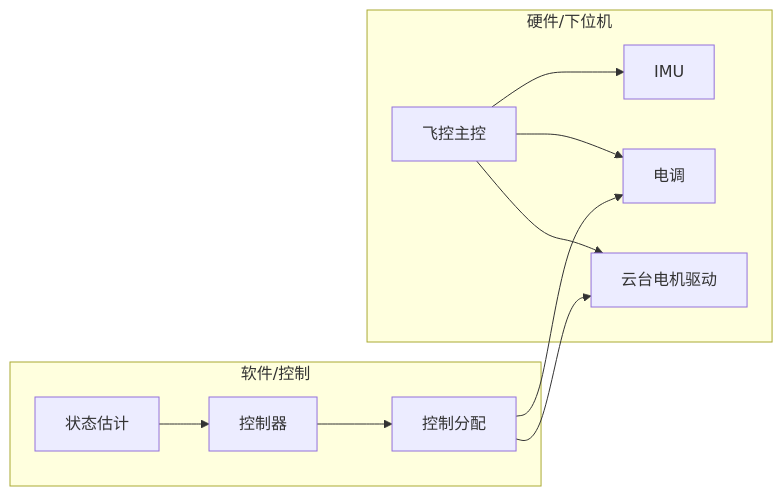
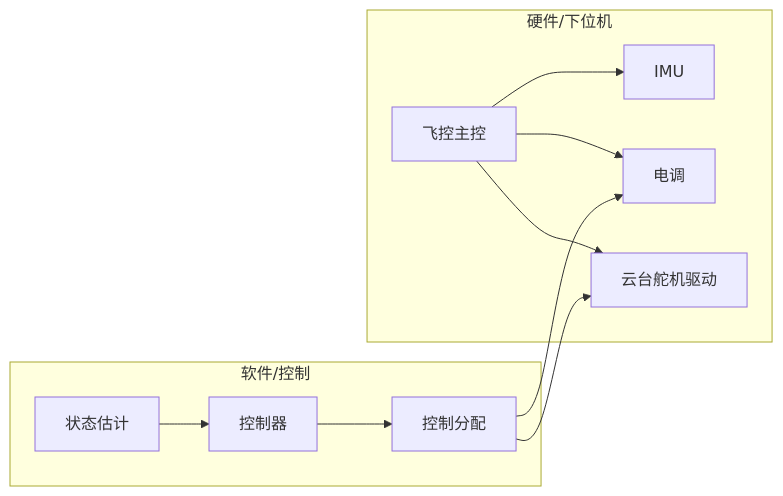
Before and after one commit to Ryan-5853/DroneX: the first of 2 diagrams in firmware/docs/FLIGHT_CONTROL_DESIGN.md, drawn with Mermaid. The commit also changed other lines of this file and 299 other files, not shown here.

````diff
--- a/firmware/docs/FLIGHT_CONTROL_DESIGN.md
+++ b/firmware/docs/FLIGHT_CONTROL_DESIGN.md
@@ -52,23 +52,23 @@
 ```mermaid
 flowchart LR
     subgraph hw [硬件/下位机]
         FC[飞控主控]
         IMU[IMU]
         ESC[电调]
-        GimbalMotor[云台电机驱动]
+        GimbalMotor[云台舵机驱动]
     end
     
     subgraph sw [软件/控制]
         Est[状态估计]
         Ctrl[控制器]
         Alloc[控制分配]
     end
     
     FC --> IMU
     FC --> ESC
     FC --> GimbalMotor
     Est --> Ctrl
     Ctrl --> Alloc
     Alloc --> ESC
     Alloc --> GimbalMotor
 ```
````
